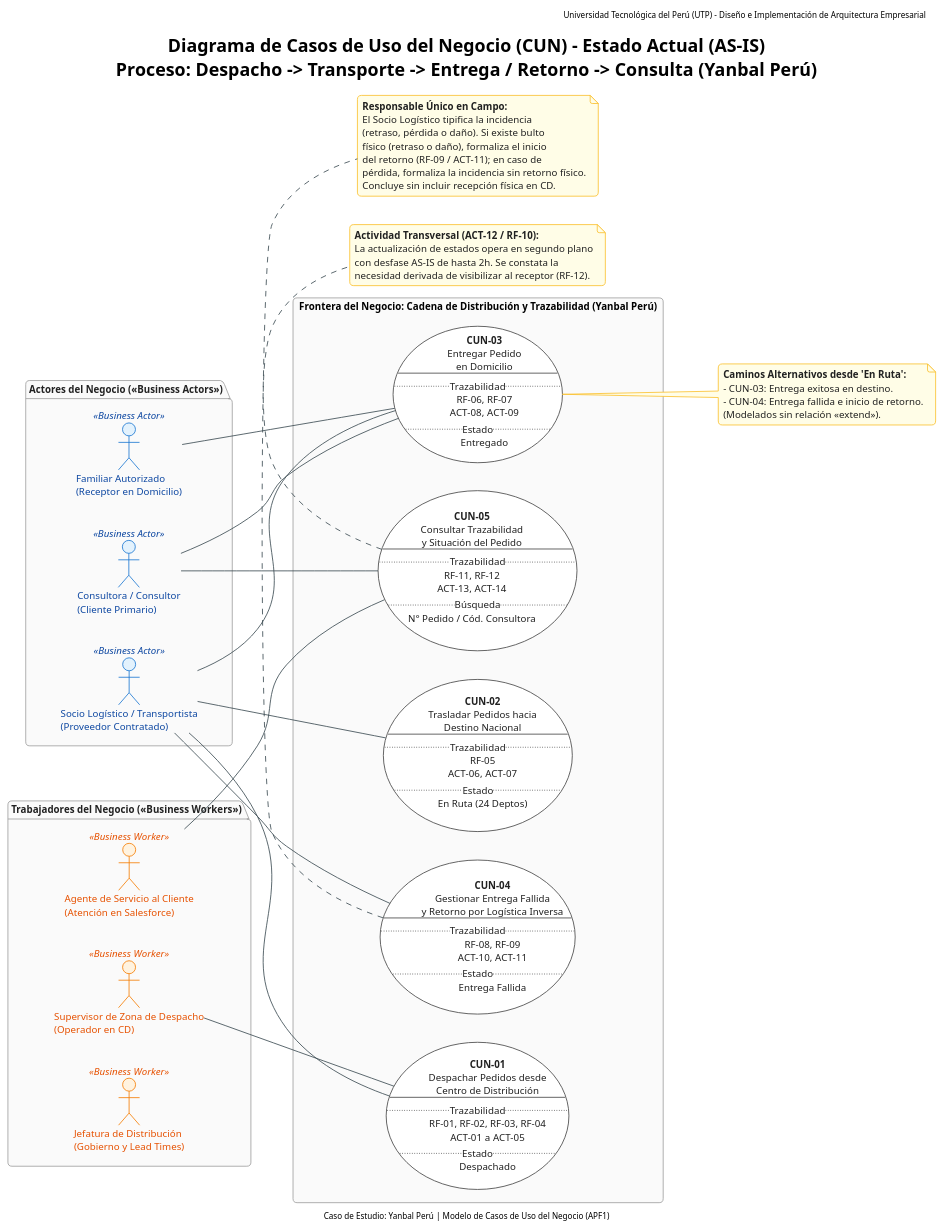
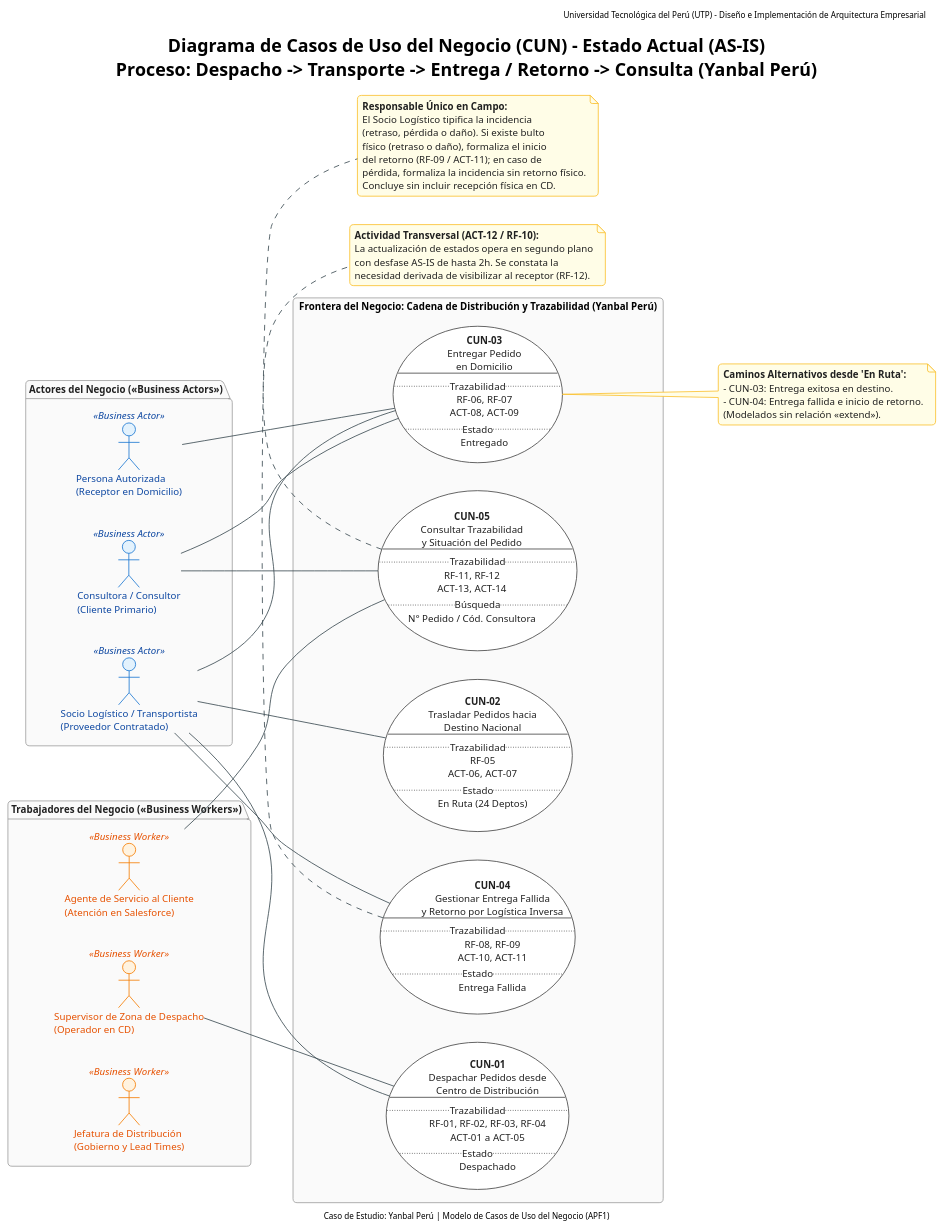
Before and after one commit to SaraviaH/arq-emp: the fourth of 4 diagrams in arq-emp AS-IS/Diagrama de Casos de Uso del Negocio (CUN)/01 - Diagrama General de Casos de Uso del Negocio (CUN).md, drawn with PlantUML. The commit also changed other lines of this file and 50 other files, not shown here.

```diff
--- a/arq-emp AS-IS/Diagrama de Casos de Uso del Negocio (CUN)/01 - Diagrama General de Casos de Uso del Negocio (CUN).md
+++ b/arq-emp AS-IS/Diagrama de Casos de Uso del Negocio (CUN)/01 - Diagrama General de Casos de Uso del Negocio (CUN).md
@@ -223,7 +223,7 @@
 ' =======================================================
 package "Actores del Negocio («Business Actors»)" as PkgActores {
     actor "Consultora / Consultor\n(Cliente Primario)" as ActorConsultora <<Business Actor>>
-    actor "Familiar Autorizado\n(Receptor en Domicilio)" as ActorFamiliar <<Business Actor>>
+    actor "Persona Autorizada\n(Receptor en Domicilio)" as ActorPersonaAutorizada <<Business Actor>>
     actor "Socio Logístico / Transportista\n(Proveedor Contratado)" as ActorSocio <<Business Actor>>
 }
 
@@ -263,7 +263,7 @@
 
 ActorSocio -- CUN03
 ActorConsultora -- CUN03
-ActorFamiliar -- CUN03
+ActorPersonaAutorizada -- CUN03
 
 ActorSocio -- CUN04
 
```
